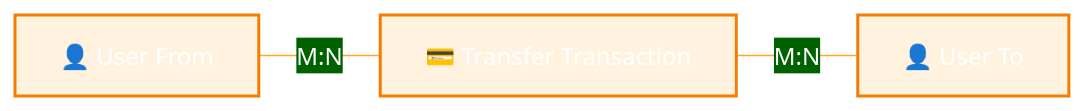
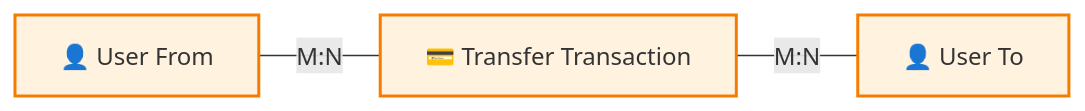
The fourth of 4 diagrams in docs/architecture/database-schema.md (abdoElHodaky/transportapp), drawn with Mermaid before and after one commit. The commit also changed other lines of this file and 10 other files, not shown here.

````diff
--- a/docs/architecture/database-schema.md
+++ b/docs/architecture/database-schema.md
@@ -482,8 +493,10 @@
 ```mermaid
-%%{init: {'theme':'base', 'themeVariables': {'primaryColor':'#ff6b6b','primaryTextColor':'#fff','primaryBorderColor':'#ff6b6b','lineColor':'#ffa726','sectionBkgColor':'#ff6b6b','altSectionBkgColor':'#fff','gridColor':'#fff','secondaryColor':'#006100','tertiaryColor':'#fff'}}}%%
+%% {init : {'theme':'base', 'themeVariables': {'primaryColor':'#ff6b6b', 'primaryTextColor':'#fff','primaryBorderColor':'#ff6b6b','lineColor':'#ffa726','sectionBkgColor':'#ff6b6b','altSectionBkgColor':'#fff','gridColor':'#fff','secondaryColor':'#006100','tertiaryColor':'#fff'}}}%% 
 graph LR
     USER1["👤 User From"] ---|M:N| TRANS["💳 Transfer Transaction"] ---|M:N| USER2["👤 User To"]
     
-    classDef entity fill:#fff3e0,stroke:#f57c00,stroke-width:2px;
+    classDef entity fill : #fff3e0, stroke:#f57c00, stroke-width: 2px;
+    
     class USER1,USER2,TRANS entity;
+
 ```
````
